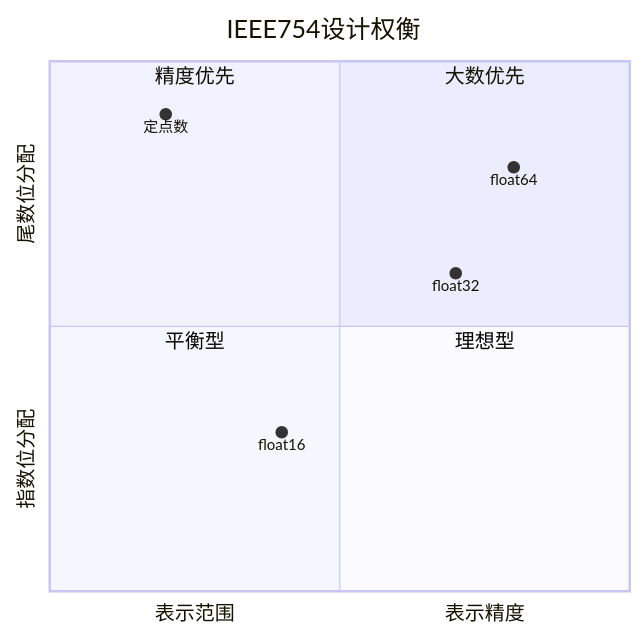
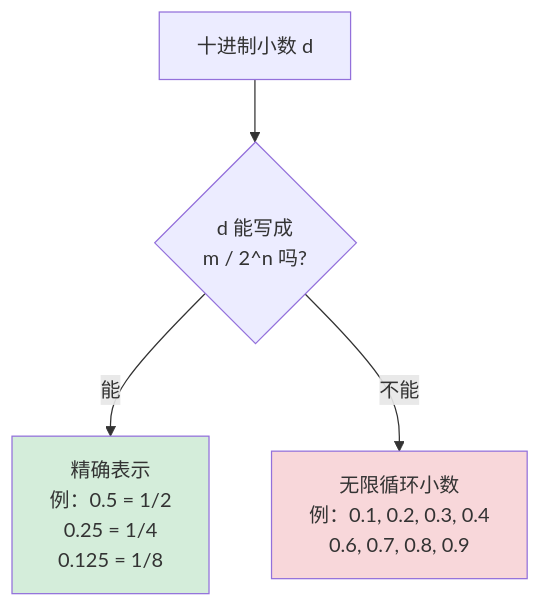
Diagram 13 of 24 in 00.通用技术的提升/02.程序编程原理/02.浮点型数据设计灵魂.md (chongyang211/YCBookBlog), drawn with Mermaid before and after one commit. The commit also changed other lines of this file and 21 other files, not shown here.

````diff
--- a/00.通用技术的提升/02.程序编程原理/02.浮点型数据设计灵魂.md
+++ b/00.通用技术的提升/02.程序编程原理/02.浮点型数据设计灵魂.md
@@ -208,15 +1070,11 @@
 ```mermaid
-quadrantChart
-    title IEEE754设计权衡
-    x-axis "表示范围" --> "表示精度"
-    y-axis "指数位分配" --> "尾数位分配"
-    quadrant-1 "大数优先"
-    quadrant-2 "精度优先"
-    quadrant-3 "平衡型"
-    quadrant-4 "理想型"
+flowchart TB
+    A[十进制小数 d] --> B{d 能写成<br/>m / 2^n 吗?}
     
-    "float32": [0.7, 0.6]
-    "float64": [0.8, 0.8]
-    "float16": [0.4, 0.3]
-    "定点数": [0.2, 0.9]
+    B -->|能| C["精确表示<br/>例：0.5 = 1/2<br/>0.25 = 1/4<br/>0.125 = 1/8"]
+    
+    B -->|不能| D["无限循环小数<br/>例：0.1, 0.2, 0.3, 0.4<br/>0.6, 0.7, 0.8, 0.9"]
+    
+    style C fill:#d4edda
+    style D fill:#f8d7da
 ```
````
